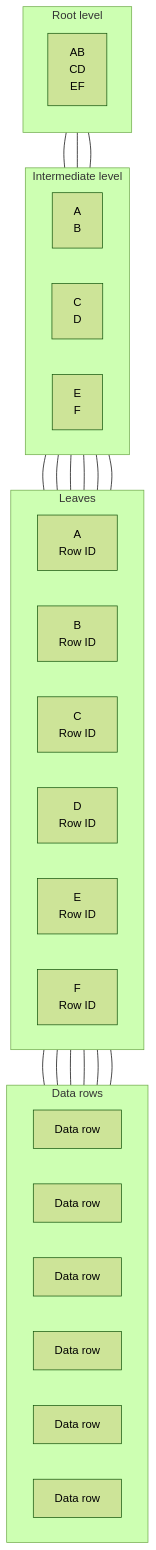
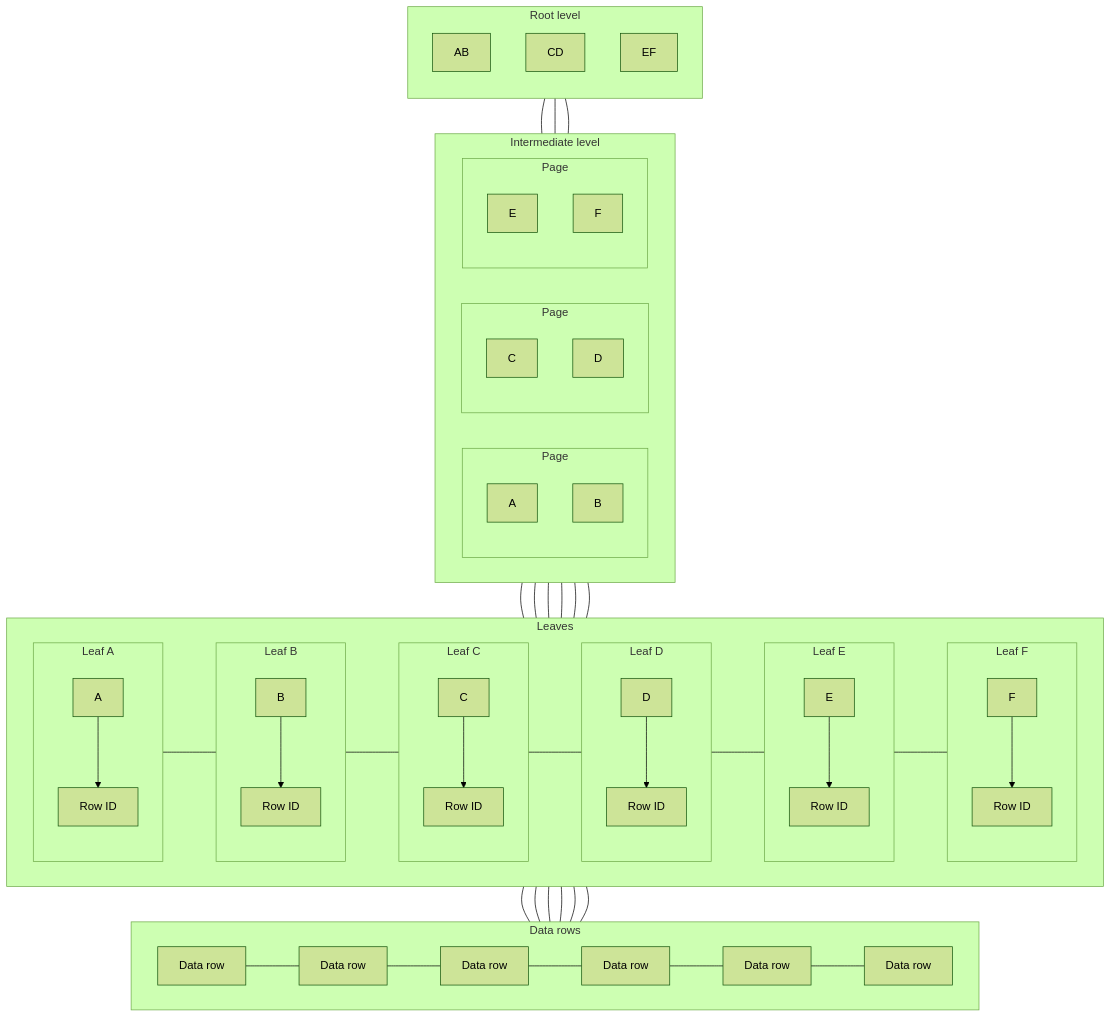
The fifth of 5 diagrams in Software Engineering/03 Data Persistance/SQL/Indexes.md (grafanaKibana/devbook.zip), drawn with Mermaid (forest theme) before and after one commit. The commit also changed other lines of this file and 175 other files, not shown here.

````diff
--- a/Software Engineering/03 Data Persistance/SQL/Indexes.md
+++ b/Software Engineering/03 Data Persistance/SQL/Indexes.md
@@ -244,52 +397,103 @@
 ```mermaid
 flowchart TB
-  subgraph Root[Root level]
+  subgraph RootLevel["Root level"]
     direction TB
-    R["AB<br/>CD<br/>EF"]
+    R_ab["AB"]
+    R_cd["CD"]
+    R_ef["EF"]
   end
 
-  subgraph Mid[Intermediate level]
+  subgraph IntermediateLevel["Intermediate level"]
     direction LR
-    Iab["A<br/>B"]
-    Icd["C<br/>D"]
-    Ief["E<br/>F"]
+    subgraph IabP["Page"]
+      direction TB
+      Iab_a["A"]
+      Iab_b["B"]
+    end
+    subgraph IcdP["Page"]
+      direction TB
+      Icd_c["C"]
+      Icd_d["D"]
+    end
+    subgraph IefP["Page"]
+      direction TB
+      Ief_e["E"]
+      Ief_f["F"]
+    end
   end
 
-  subgraph Leaf[Leaves]
+  subgraph LeafLevel["Leaves"]
     direction LR
-    LA["A<br/>Row ID"]
-    LB["B<br/>Row ID"]
-    LC["C<br/>Row ID"]
-    LD["D<br/>Row ID"]
-    LE["E<br/>Row ID"]
-    LF["F<br/>Row ID"]
+    subgraph LA_P["Leaf A"]
+      direction TB
+      LA_key["A"]
+      LA_rid["Row ID"]
+      LA_key --> LA_rid
+    end
+    subgraph LB_P["Leaf B"]
+      direction TB
+      LB_key["B"]
+      LB_rid["Row ID"]
+      LB_key --> LB_rid
+    end
+    subgraph LC_P["Leaf C"]
+      direction TB
+      LC_key["C"]
+      LC_rid["Row ID"]
+      LC_key --> LC_rid
+    end
+    subgraph LD_P["Leaf D"]
+      direction TB
+      LD_key["D"]
+      LD_rid["Row ID"]
+      LD_key --> LD_rid
+    end
+    subgraph LE_P["Leaf E"]
+      direction TB
+      LE_key["E"]
+      LE_rid["Row ID"]
+      LE_key --> LE_rid
+    end
+    subgraph LF_P["Leaf F"]
+      direction TB
+      LF_key["F"]
+      LF_rid["Row ID"]
+      LF_key --> LF_rid
+    end
   end
 
-  subgraph Data[Data rows]
+  subgraph DataRows["Data rows"]
     direction LR
-    DA[Data row]
-    DB[Data row]
-    DC[Data row]
-    DD[Data row]
-    DE[Data row]
-    DF[Data row]
+    DA["Data row"]
+    DB["Data row"]
+    DC["Data row"]
+    DD["Data row"]
+    DE["Data row"]
+    DF["Data row"]
   end
 
-  R --- Iab
-  R --- Icd
-  R --- Ief
+  %% Keep data rows aligned left-to-right
+  DA --- DB --- DC --- DD --- DE --- DF
 
-  Iab --- LA
-  Iab --- LB
-  Icd --- LC
-  Icd --- LD
-  Ief --- LE
-  Ief --- LF
+  R_ab --- Iab_a
+  R_cd --- Icd_c
+  R_ef --- Ief_e
 
-  LA --- DA
-  LB --- DB
-  LC --- DC
-  LD --- DD
-  LE --- DE
-  LF --- DF
+  Iab_a --- LA_key
+  Iab_b --- LB_key
+  Icd_c --- LC_key
+  Icd_d --- LD_key
+  Ief_e --- LE_key
+  Ief_f --- LF_key
+
+  %% Keep leaves aligned left-to-right
+  LA_key --- LB_key --- LC_key --- LD_key --- LE_key --- LF_key
+
+  %% Row IDs point to heap rows
+  LA_rid --- DA
+  LB_rid --- DB
+  LC_rid --- DC
+  LD_rid --- DD
+  LE_rid --- DE
+  LF_rid --- DF
 ```
````
